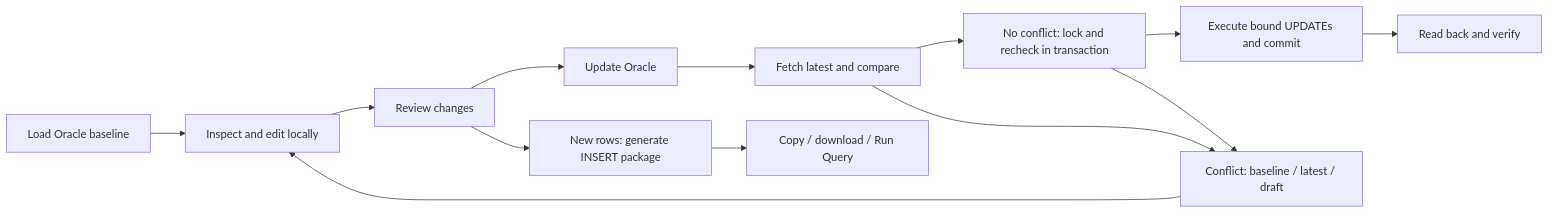
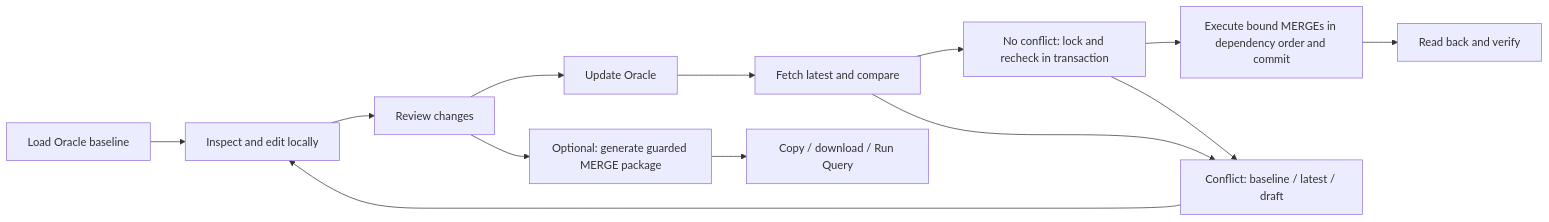
Before and after one commit to lolikgiovi/adtools-revamp: the diagram in docs/monitoring/PRD.md, drawn with Mermaid. The commit also changed other lines of this file and 1 other file, not shown here.

Commit message:
Use guarded MERGE for monitoring configuration changes

````diff
--- a/docs/monitoring/PRD.md
+++ b/docs/monitoring/PRD.md
@@ -100,15 +102,15 @@
 ```mermaid
 flowchart LR
   A[Load Oracle baseline] --> B[Inspect and edit locally]
   B --> C[Review changes]
   C --> D[Update Oracle]
   D --> E[Fetch latest and compare]
   E --> F[No conflict: lock and recheck in transaction]
-  F --> G[Execute bound UPDATEs and commit]
+  F --> G[Execute bound MERGEs in dependency order and commit]
   G --> H[Read back and verify]
   E --> I[Conflict: baseline / latest / draft]
   F --> I
   I --> B
-  C --> J[New rows: generate INSERT package]
+  C --> J[Optional: generate guarded MERGE package]
   J --> K[Copy / download / Run Query]
 ```
````
